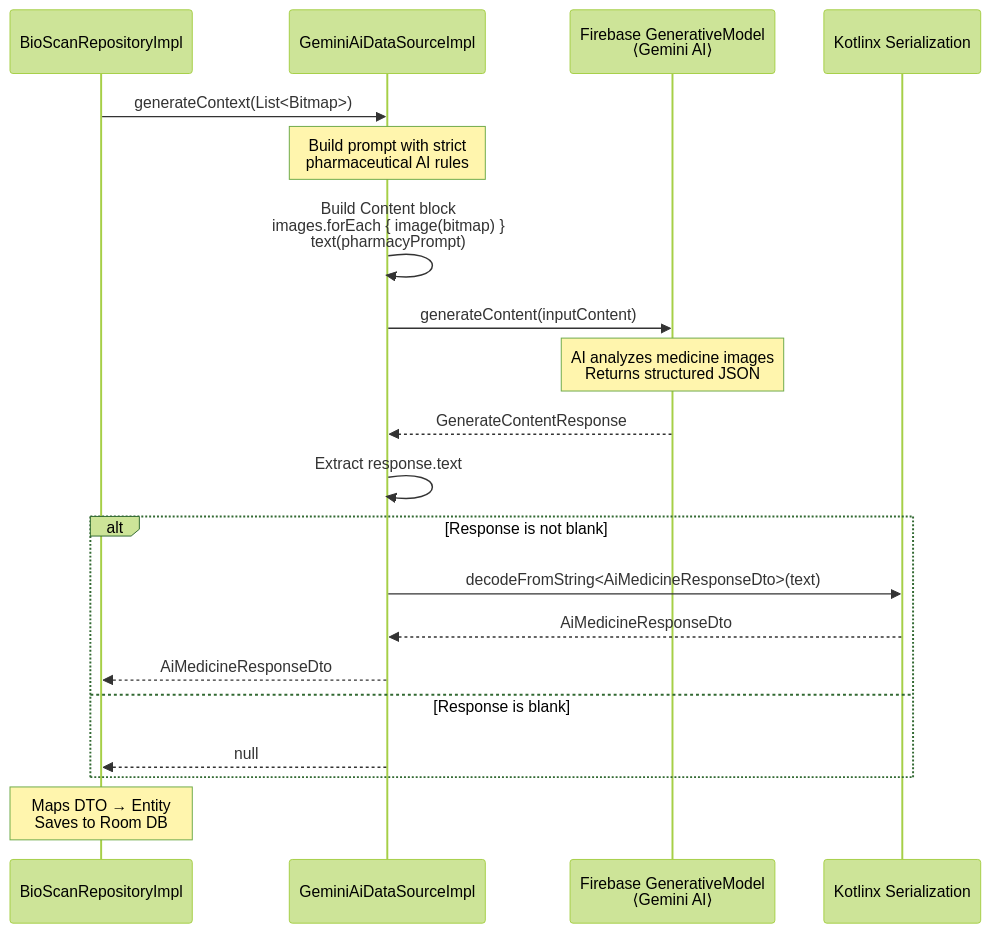
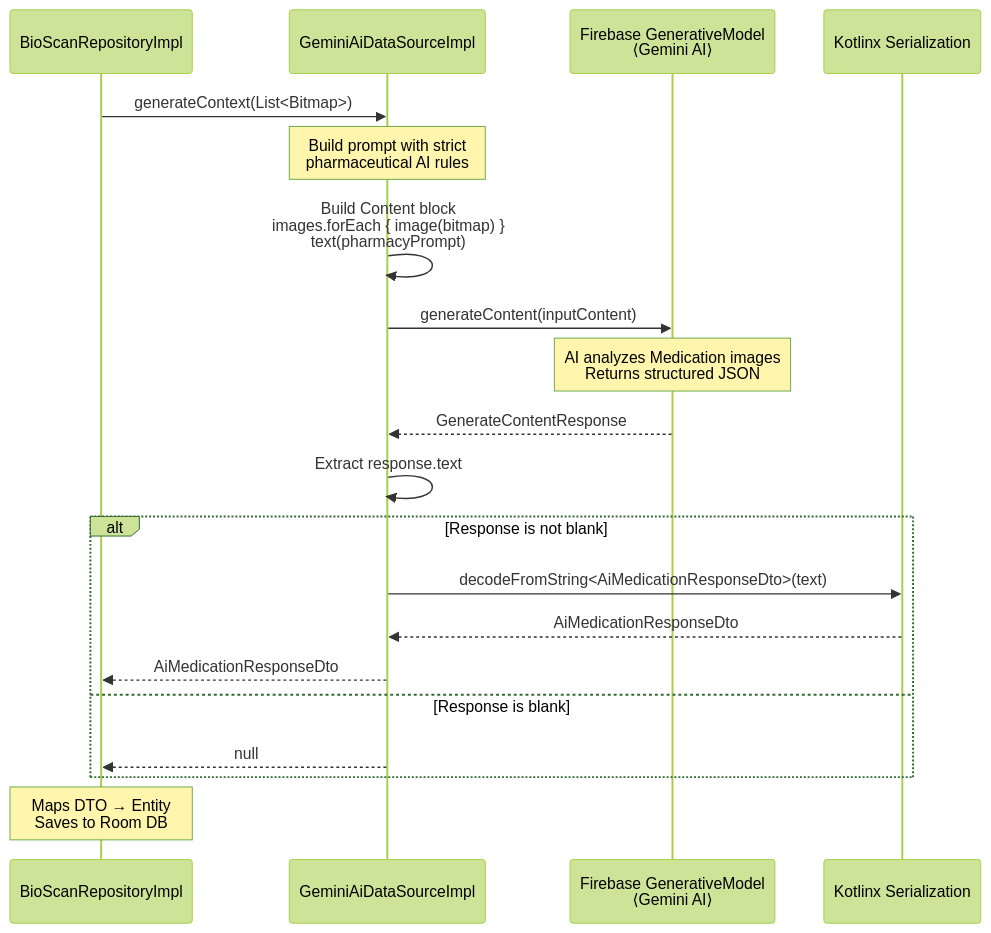
One commit to vikas-kmr1/Medyo changed the ninth of 12 diagrams in medyo_module_graphs.md. Above: the diagram before and after it, drawn with Mermaid (forest theme). The commit also changed other lines of this file and 32 other files, not shown here.

First line of the commit message:
refactor: rename medicine terminology to medication and enhance design system

````diff
--- a/medyo_module_graphs.md
+++ b/medyo_module_graphs.md
@@ -415,31 +415,31 @@
 ```mermaid
 sequenceDiagram
     participant Repo as BioScanRepositoryImpl
     participant AI as GeminiAiDataSourceImpl
     participant Model as Firebase GenerativeModel<br/>⟨Gemini AI⟩
     participant Json as Kotlinx Serialization
 
     Repo->>AI: generateContext(List<Bitmap>)
     
     Note over AI: Build prompt with strict<br/>pharmaceutical AI rules
     
     AI->>AI: Build Content block<br/>images.forEach { image(bitmap) }<br/>text(pharmacyPrompt)
 
     AI->>Model: generateContent(inputContent)
     
-    Note over Model: AI analyzes medicine images<br/>Returns structured JSON
+    Note over Model: AI analyzes Medication images<br/>Returns structured JSON
 
     Model-->>AI: GenerateContentResponse
 
     AI->>AI: Extract response.text
 
     alt Response is not blank
-        AI->>Json: decodeFromString<AiMedicineResponseDto>(text)
-        Json-->>AI: AiMedicineResponseDto
-        AI-->>Repo: AiMedicineResponseDto
+        AI->>Json: decodeFromString<AiMedicationResponseDto>(text)
+        Json-->>AI: AiMedicationResponseDto
+        AI-->>Repo: AiMedicationResponseDto
     else Response is blank
         AI-->>Repo: null
     end
 
     Note over Repo: Maps DTO → Entity<br/>Saves to Room DB
 ```
````
